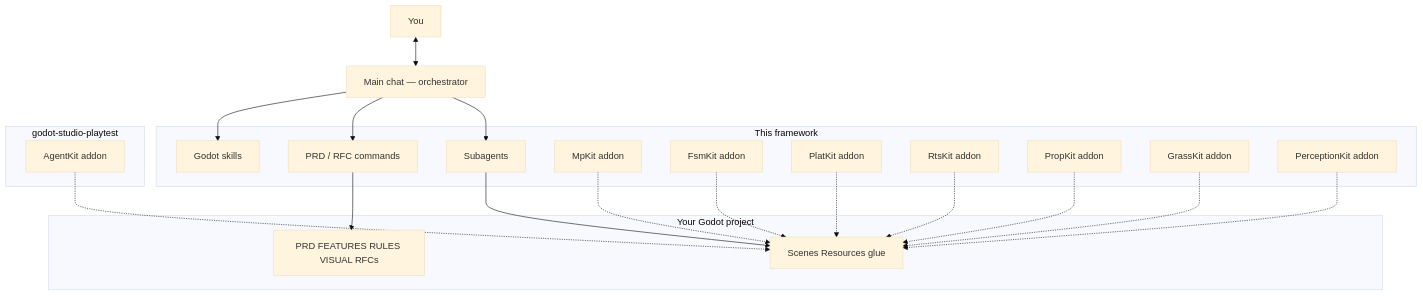
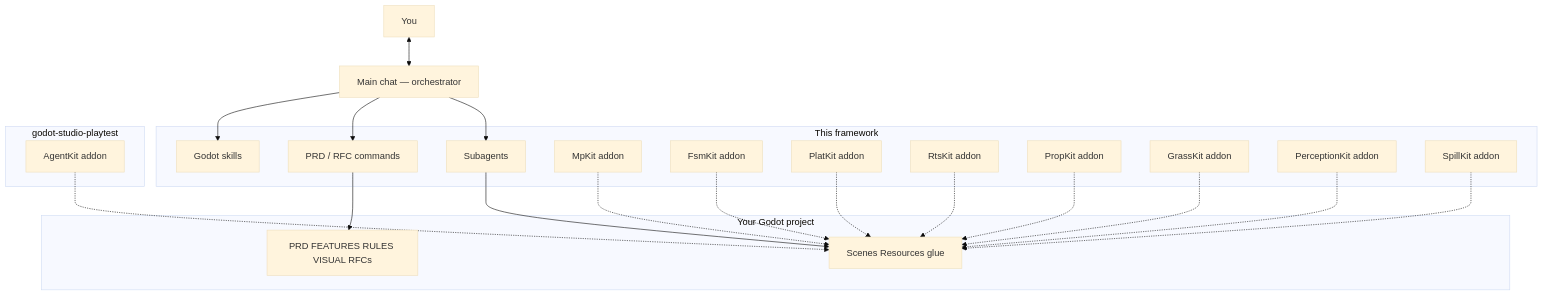
Before and after one commit to Joelnicolass/godot-studio-skills: the first of 4 diagrams in docs/architecture.md, drawn with Mermaid (base theme). The commit also changed other lines of this file and 86 other files, not shown here.

````diff
--- a/docs/architecture.md
+++ b/docs/architecture.md
@@ -9,43 +9,45 @@
 ```mermaid
 flowchart TB
   you[You]
   orch[Main chat — orchestrator]
 
   you <--> orch
 
   subgraph kit [This framework]
     skills[Godot skills]
     cmds[PRD / RFC commands]
     agents[Subagents]
     mpkit[MpKit addon]
     fsmkit[FsmKit addon]
     platkit[PlatKit addon]
     rtskit[RtsKit addon]
     propkit[PropKit addon]
     grasskit[GrassKit addon]
     perceptionkit[PerceptionKit addon]
+    spillkit[SpillKit addon]
   end
 
   subgraph playtest [godot-studio-playtest]
     agentkit[AgentKit addon]
   end
 
   subgraph game [Your Godot project]
     arts[PRD FEATURES RULES VISUAL RFCs]
     code[Scenes Resources glue]
   end
 
   orch --> skills
   orch --> cmds
   cmds --> arts
   orch --> agents
   agents --> code
   mpkit -.-> code
   agentkit -.-> code
   fsmkit -.-> code
   platkit -.-> code
   rtskit -.-> code
   propkit -.-> code
   grasskit -.-> code
   perceptionkit -.-> code
+  spillkit -.-> code
 ```
````
